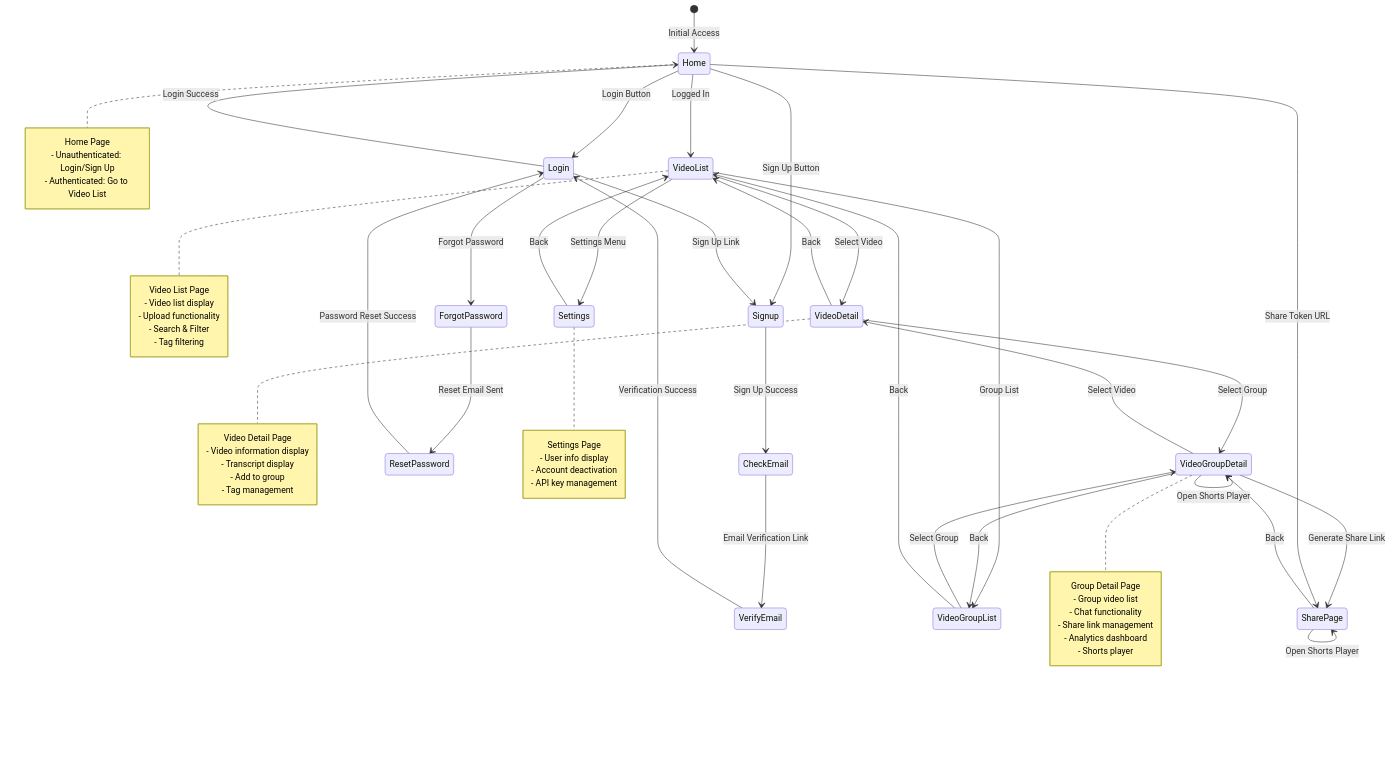
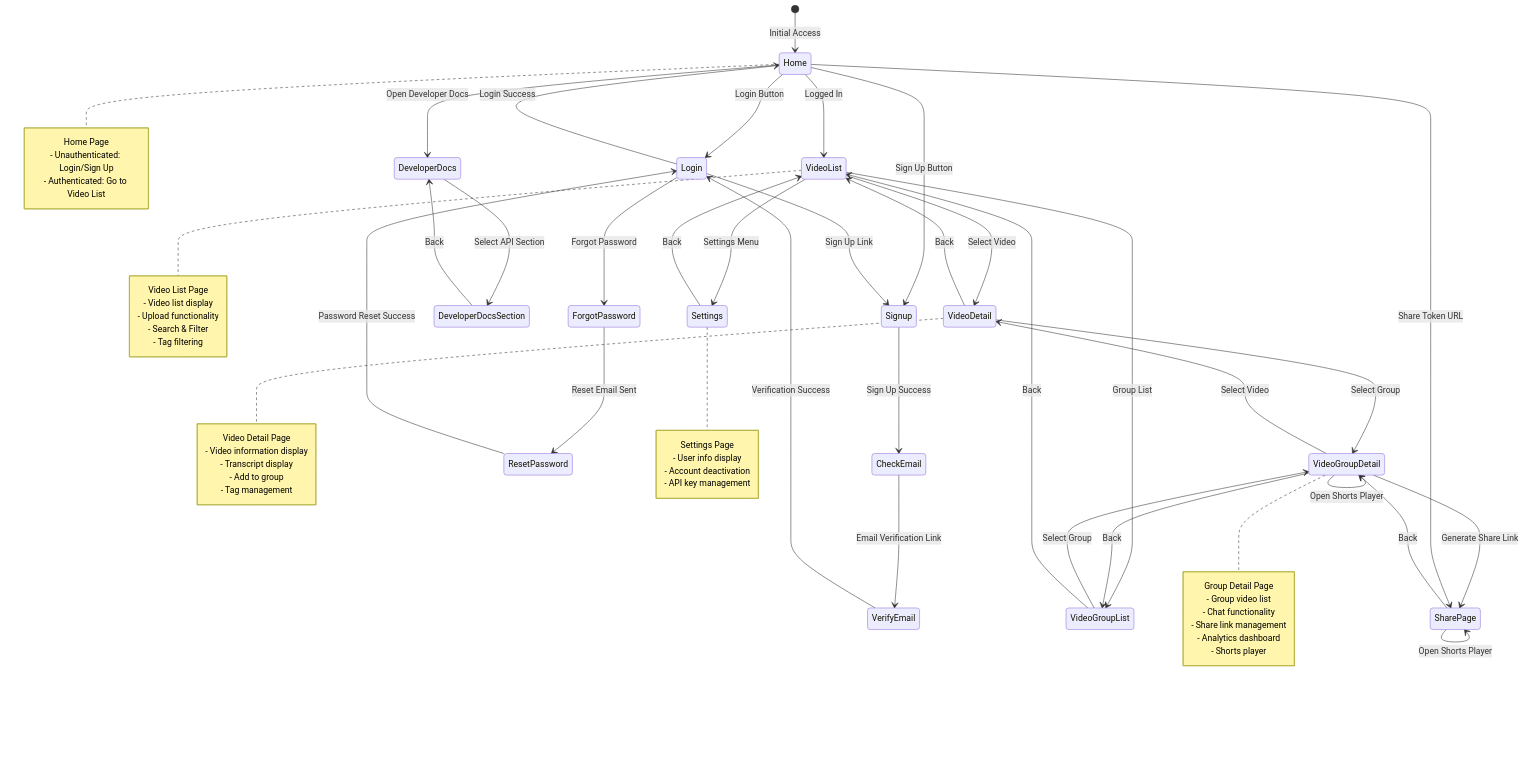
Before and after one commit to yukiharada1228/videoq: the diagram in docs/requirements/screen-transition-diagram.md, drawn with Mermaid. The commit also changed other lines of this file and 9 other files, not shown here.

Commit message:
docs: sync diagrams with current implementation

```diff
--- a/docs/requirements/screen-transition-diagram.md
+++ b/docs/requirements/screen-transition-diagram.md
@@ -49,6 +49,9 @@
 
     VideoList --> Settings: Settings Menu
     Settings --> VideoList: Back
+    Home --> DeveloperDocs: Open Developer Docs
+    DeveloperDocs --> DeveloperDocsSection: Select API Section
+    DeveloperDocsSection --> DeveloperDocs: Back
     
     note right of Home
         Home Page
```
